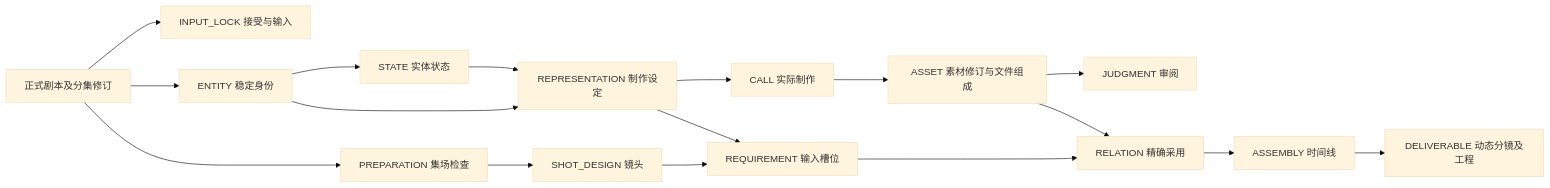
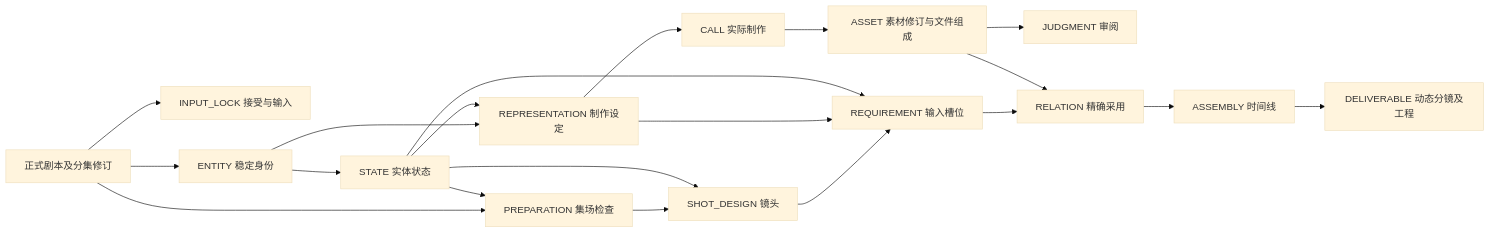
Before and after one commit to goosmanlei/story-review-desk: the diagram in docs/production.md, drawn with Mermaid (base theme). The commit also changed other lines of this file and 6 other files, not shown here.

````diff
--- a/docs/production.md
+++ b/docs/production.md
@@ -39,19 +39,22 @@
 ```mermaid
 flowchart LR
   Script[正式剧本及分集修订] --> Lock[INPUT_LOCK 接受与输入]
   Script --> Scene[PREPARATION 集场检查]
   Script --> E[ENTITY 稳定身份]
   E --> S[STATE 实体状态]
   E --> R[REPRESENTATION 制作设定]
   S --> R
   Scene --> Shot[SHOT_DESIGN 镜头]
   Shot --> Need[REQUIREMENT 输入槽位]
   R --> Need
+  S --> Need
+  S --> Scene
+  S --> Shot
   R --> Call[CALL 实际制作]
   Call --> A[ASSET 素材修订与文件组成]
   A --> J[JUDGMENT 审阅]
   Need --> Use[RELATION 精确采用]
   A --> Use
   Use --> Assembly[ASSEMBLY 时间线]
   Assembly --> Out[DELIVERABLE 动态分镜及工程]
 ```
````
